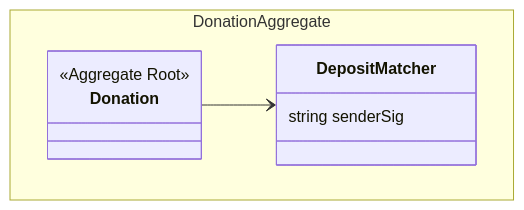
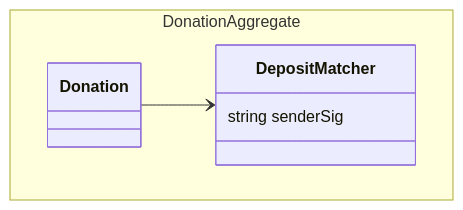
The diagram in src/site/notes/docs/2024-12-28 Giftogether.md (ChoiWheatley/personalwiki), drawn with Mermaid before and after one commit. The commit also changed other lines of this file, not shown here.

Commit message:
Update content src/site/notes/docs/2024-12-28 Giftogether.md

````diff
--- a/src/site/notes/docs/2024-12-28 Giftogether.md
+++ b/src/site/notes/docs/2024-12-28 Giftogether.md
@@ -40,12 +40,11 @@
 ```mermaid
 classDiagram
 namespace DonationAggregate {
-class Donation {
-	<<Aggregate Root>>
-}
+class Donation 
+
 class DepositMatcher {
 	string senderSig
 }
 }
 Donation --> DepositMatcher
 ```
````
